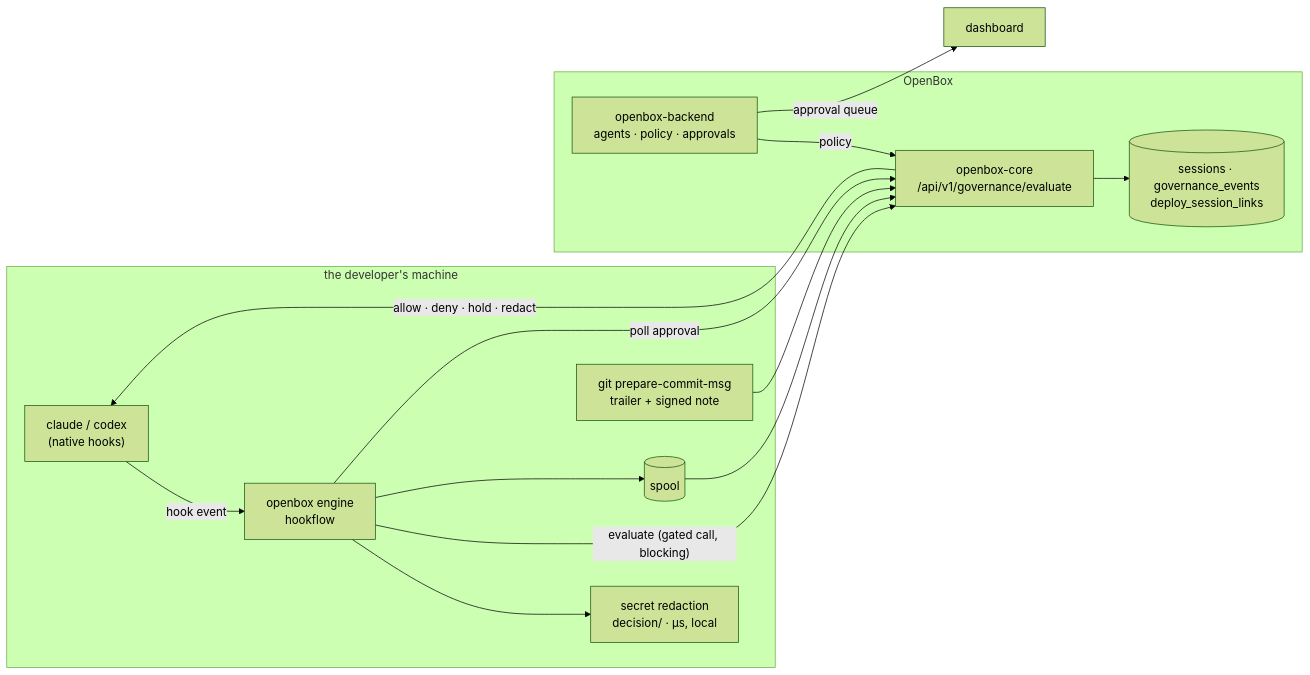
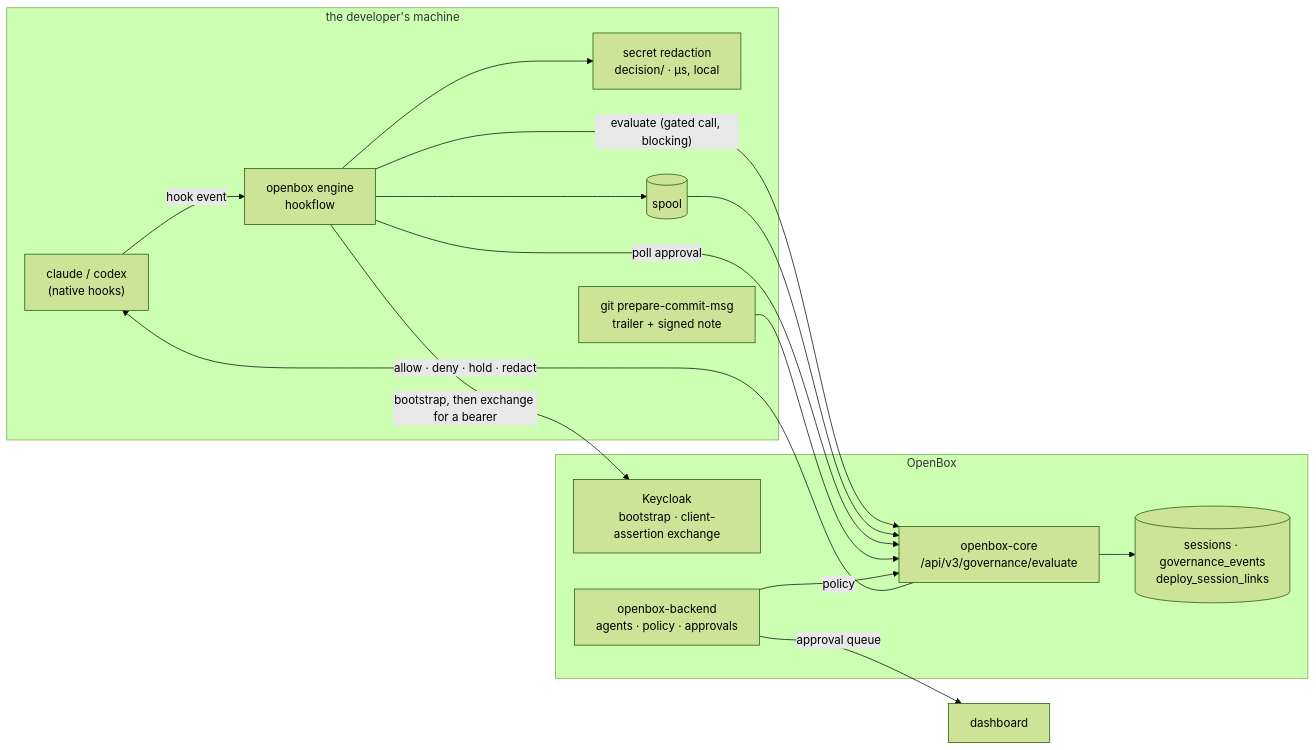
The diagram in docs/architecture.md (OpenBox-AI/openbox-shift-left), drawn with Mermaid (forest theme) before and after one commit. The commit also changed other lines of this file and 13 other files, not shown here.

First line of the commit message:
test(auth): pin the workload auth acceptance flows end to end; docs describe v3 identity

````diff
--- a/docs/architecture.md
+++ b/docs/architecture.md
@@ -8,24 +8,26 @@
 ```mermaid
 flowchart LR
   subgraph TOOL["the developer's machine"]
     CC["claude / codex<br/>(native hooks)"]
     ENG["openbox engine<br/>hookflow"]
     RED["secret redaction<br/>decision/ · µs, local"]
     SPOOL[("spool")]
     GIT["git prepare-commit-msg<br/>trailer + signed note"]
   end
   subgraph OPENBOX["OpenBox"]
-    CORE["openbox-core<br/>/api/v1/governance/evaluate"]
+    KC["Keycloak<br/>bootstrap · client-assertion exchange"]
+    CORE["openbox-core<br/>/api/v3/governance/evaluate"]
     BE["openbox-backend<br/>agents · policy · approvals"]
     DB[("sessions · governance_events<br/>deploy_session_links")]
   end
   CC -- "hook event" --> ENG
   ENG --> RED
+  ENG -- "bootstrap, then exchange for a bearer" --> KC
   ENG -- "evaluate (gated call, blocking)" --> CORE
   CORE -- "allow · deny · hold · redact" --> CC
   ENG --> SPOOL --> CORE --> DB
   ENG -- "poll approval" --> CORE
   GIT --> CORE
   BE -- "policy" --> CORE
   BE -- "approval queue" --> DASH["dashboard"]
 ```
````
